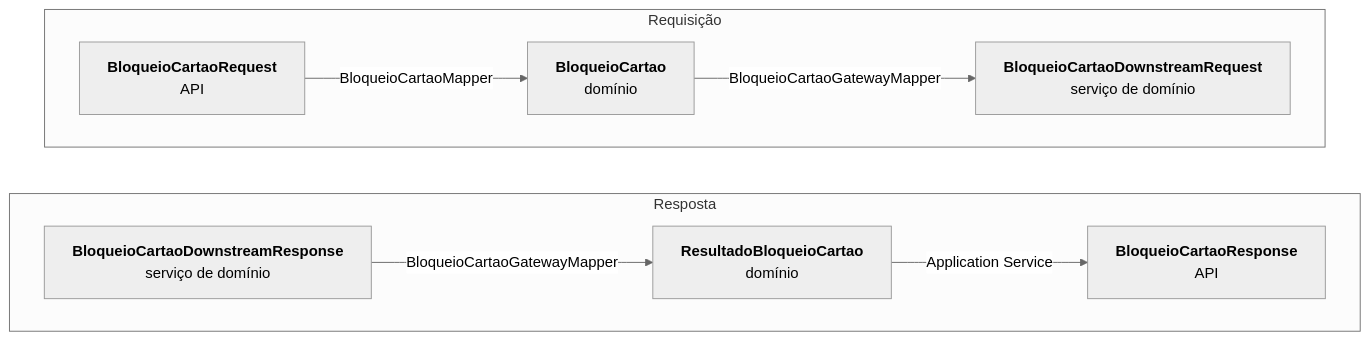
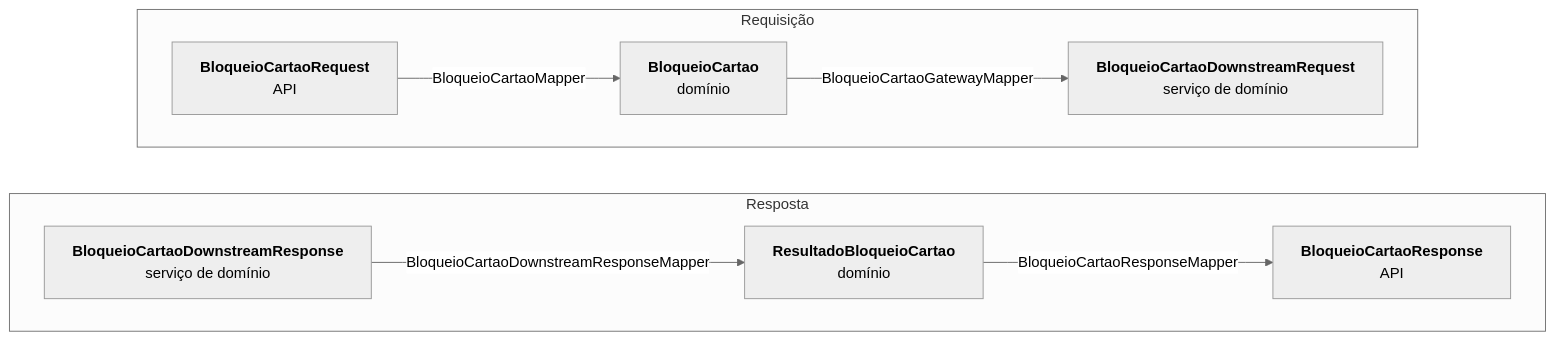
Before and after one commit to luanvs-ciant/bradesco: the second of 2 diagrams in README.md, drawn with Mermaid (neutral theme). The commit also changed other lines of this file and 12 other files, not shown here.

Commit message:
refactor: implement MapStruct mappers for BloqueioCartao and related DTOs

````diff
--- a/README.md
+++ b/README.md
@@ -70,22 +70,22 @@
 ```mermaid
 flowchart TB
     subgraph ida["Requisição"]
         direction LR
         req["<b>BloqueioCartaoRequest</b><br/>API"]
         model["<b>BloqueioCartao</b><br/>domínio"]
         dreq["<b>BloqueioCartaoDownstreamRequest</b><br/>serviço de domínio"]
         req -- "BloqueioCartaoMapper" --> model
         model -- "BloqueioCartaoGatewayMapper" --> dreq
     end
 
     subgraph volta["Resposta"]
         direction LR
         res["<b>BloqueioCartaoResponse</b><br/>API"]
         result["<b>ResultadoBloqueioCartao</b><br/>domínio"]
         dres["<b>BloqueioCartaoDownstreamResponse</b><br/>serviço de domínio"]
-        dres -- "BloqueioCartaoGatewayMapper" --> result
-        result -- "Application Service" --> res
+        dres -- "BloqueioCartaoDownstreamResponseMapper" --> result
+        result -- "BloqueioCartaoResponseMapper" --> res
     end
 
     ida ~~~ volta
 ```
````
